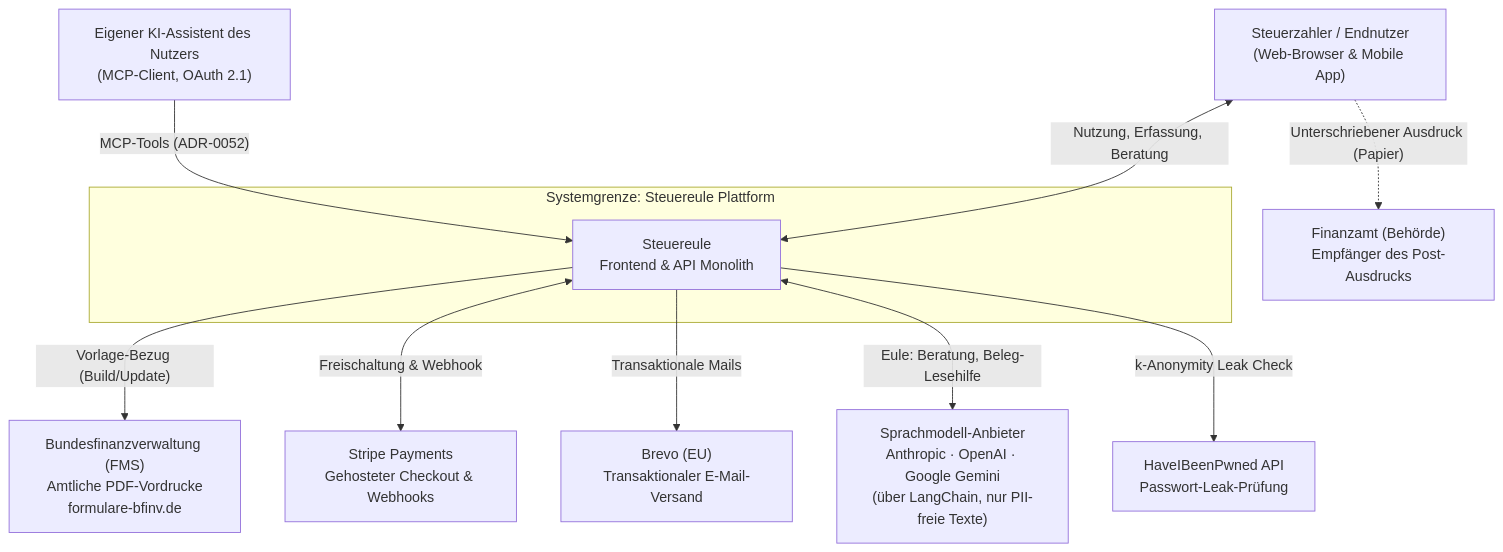
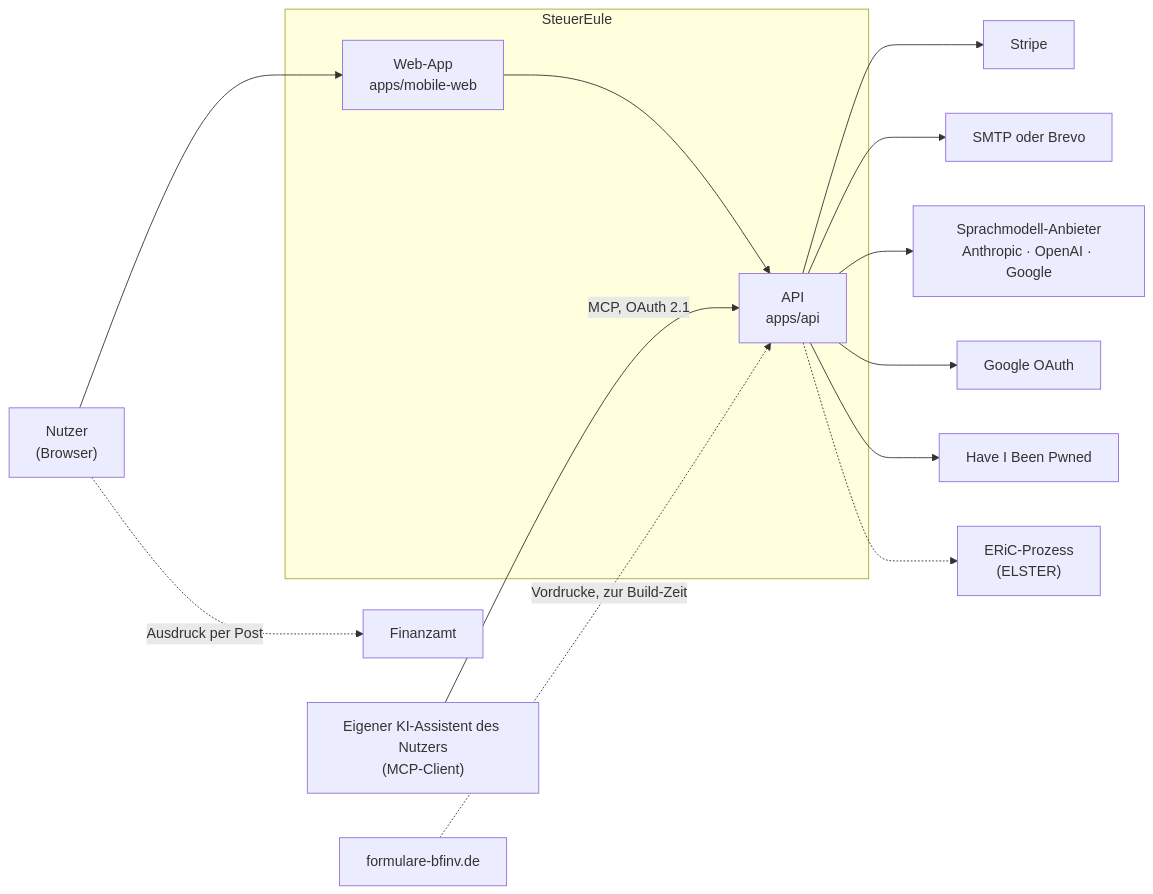
The first of 6 diagrams in docs/architecture.md (NexusHero/Steuereule), drawn with Mermaid before and after one commit. The commit also changed other lines of this file and 7 other files, not shown here.

First line of the commit message:
docs: the architecture documentation says what the code does

````diff
--- a/docs/architecture.md
+++ b/docs/architecture.md
@@ -83,25 +89,30 @@
 ```mermaid
-flowchart TD
-  User["Steuerzahler / Endnutzer\n(Web-Browser & Mobile App)"]
+flowchart LR
+  User["Nutzer\n(Browser)"]
+  Assistant["Eigener KI-Assistent des Nutzers\n(MCP-Client)"]
 
-  subgraph SystemBoundary ["Systemgrenze: Steuereule Plattform"]
-    App["Steuereule\nFrontend & API Monolith"]
+  subgraph System ["SteuerEule"]
+    Web["Web-App\napps/mobile-web"]
+    Api["API\napps/api"]
   end
 
-  BMF["Bundesfinanzverwaltung (FMS)\nAmtliche PDF-Vordrucke\nformulare-bfinv.de"]
-  Stripe["Stripe Payments\nGehosteter Checkout & Webhooks"]
-  Brevo["Brevo (EU)\nTransaktionaler E-Mail-Versand"]
-  LLM["Sprachmodell-Anbieter\nAnthropic · OpenAI · Google Gemini\n(über LangChain, nur PII-freie Texte)"]
-  Assistant["Eigener KI-Assistent des Nutzers\n(MCP-Client, OAuth 2.1)"]
-  HIBP["HaveIBeenPwned API\nPasswort-Leak-Prüfung"]
-  Finanzamt["Finanzamt (Behörde)\nEmpfänger des Post-Ausdrucks"]
+  Stripe["Stripe"]
+  Mail["SMTP oder Brevo"]
+  LLM["Sprachmodell-Anbieter\nAnthropic · OpenAI · Google"]
+  Google["Google OAuth"]
+  HIBP["Have I Been Pwned"]
+  Bfinv["formulare-bfinv.de"]
+  Eric["ERiC-Prozess\n(ELSTER)"]
+  Finanzamt["Finanzamt"]
 
-  User <-->|"Nutzung, Erfassung, Beratung"| App
-  App -->|"Vorlage-Bezug (Build/Update)"| BMF
-  App <-->|"Freischaltung & Webhook"| Stripe
-  App -->|"Transaktionale Mails"| Brevo
-  App <-->|"Eule: Beratung, Beleg-Lesehilfe"| LLM
-  Assistant -->|"MCP-Tools (ADR-0052)"| App
-  App -->|"k-Anonymity Leak Check"| HIBP
-  User -.->|"Unterschriebener Ausdruck (Papier)"| Finanzamt
+  User --> Web --> Api
+  Assistant -->|"MCP, OAuth 2.1"| Api
+  Api --> Stripe
+  Api --> Mail
+  Api --> LLM
+  Api --> Google
+  Api --> HIBP
+  Api -.-> Eric
+  Bfinv -.->|"Vordrucke, zur Build-Zeit"| Api
+  User -.->|"Ausdruck per Post"| Finanzamt
 ```
````
